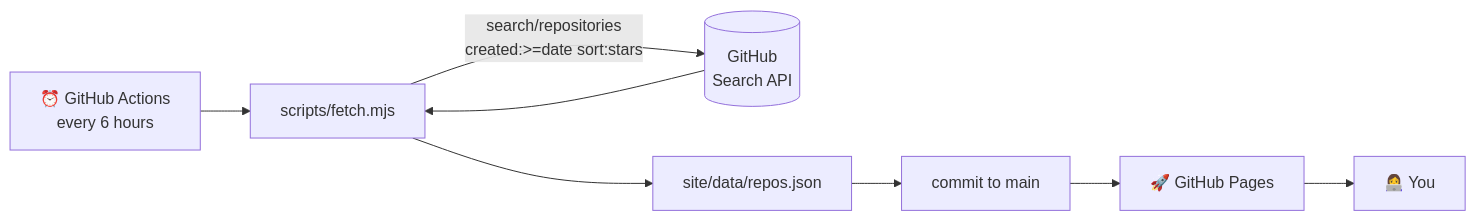
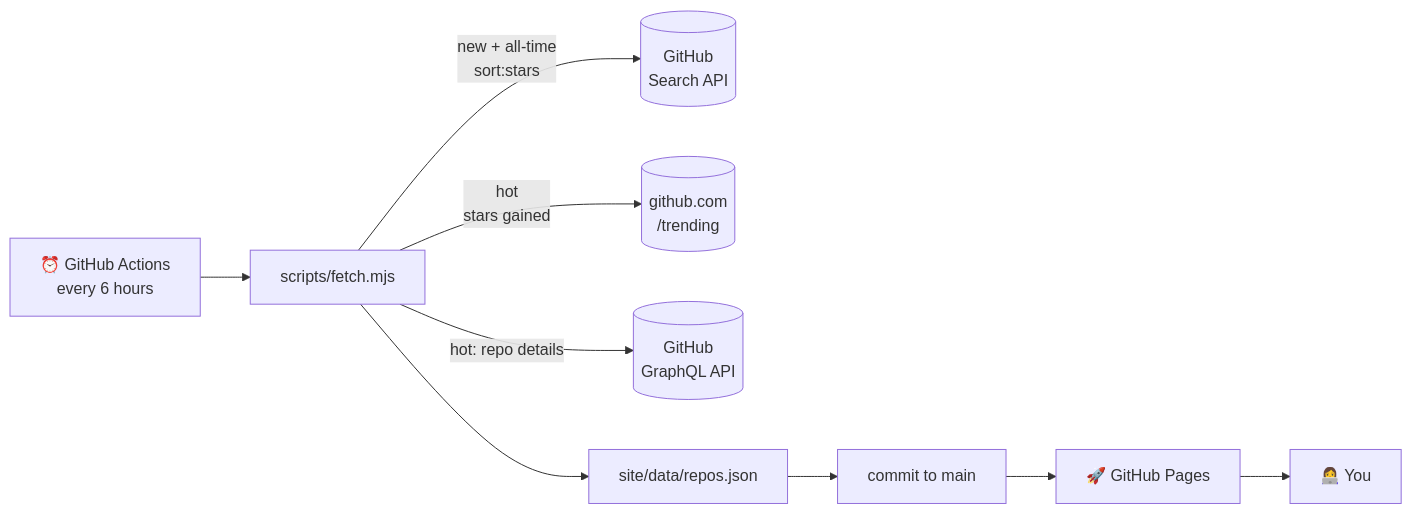
The diagram in README.md (dab246/github-stars-radar), drawn with Mermaid before and after one commit. The commit also changed other lines of this file and 8 other files, not shown here.

Commit message:
feat: hot and all-time rankings with ai dev skills category

````diff
--- a/README.md
+++ b/README.md
@@ -83,10 +90,11 @@
 ```mermaid
 flowchart LR
     cron["⏰ GitHub Actions<br/>every 6 hours"] --> fetch["scripts/fetch.mjs"]
-    fetch -- "search/repositories<br/>created:>=date sort:stars" --> api[("GitHub<br/>Search API")]
-    api --> fetch
+    fetch -- "new + all-time<br/>sort:stars" --> api[("GitHub<br/>Search API")]
+    fetch -- "hot<br/>stars gained" --> trending[("github.com<br/>/trending")]
+    fetch -- "hot: repo details" --> gql[("GitHub<br/>GraphQL API")]
     fetch --> json["site/data/repos.json"]
     json --> commit["commit to main"]
     commit --> pages["🚀 GitHub Pages"]
     pages --> user["👩‍💻 You"]
 ```
````
